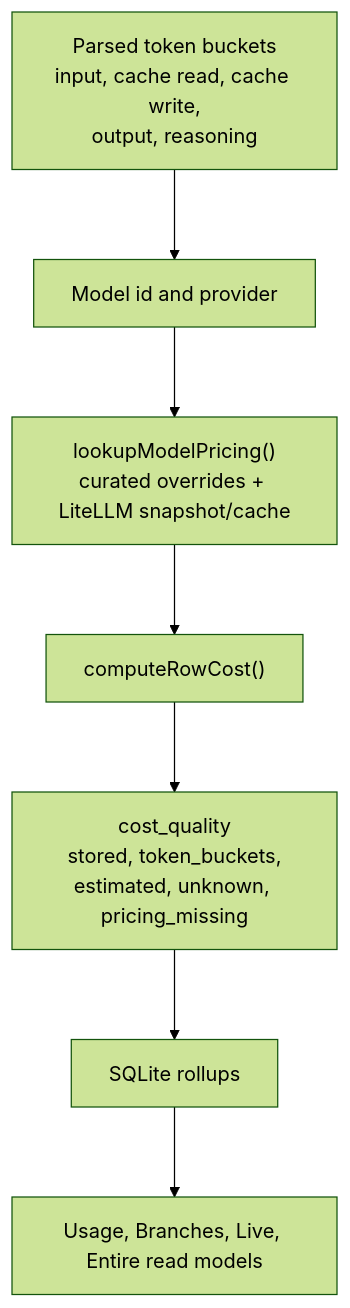
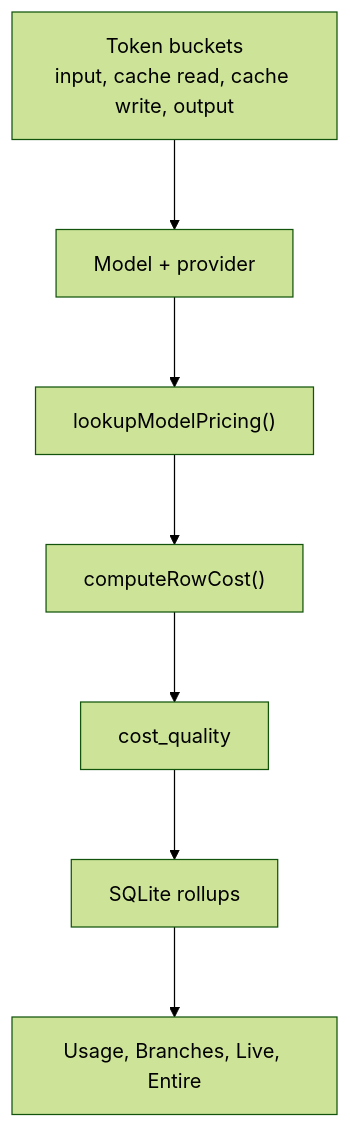
One commit to ivasuy/VibeDeck changed the sixth of 11 diagrams in docs/ARCHITECTURE.md. Above: the diagram before and after it, drawn with Mermaid (forest theme). The commit also changed other lines of this file and 42 other files, not shown here.

````diff
--- a/docs/ARCHITECTURE.md
+++ b/docs/ARCHITECTURE.md
@@ -231,10 +269,10 @@
 ```mermaid
 %%{init: {"flowchart": {"nodeSpacing": 48, "rankSpacing": 72, "curve": "basis"}} }%%
 flowchart TD
-  Tokens["Parsed token buckets\ninput, cache read, cache write,\noutput, reasoning"] --> Model["Model id and provider"]
-  Model --> Pricing["lookupModelPricing()\ncurated overrides + LiteLLM snapshot/cache"]
+  Tokens["Token buckets\ninput, cache read, cache write, output"] --> Model["Model + provider"]
+  Model --> Pricing["lookupModelPricing()"]
   Pricing --> Compute["computeRowCost()"]
-  Compute --> Quality["cost_quality\nstored, token_buckets,\nestimated, unknown, pricing_missing"]
+  Compute --> Quality["cost_quality"]
   Quality --> DB["SQLite rollups"]
-  DB --> ReadModels["Usage, Branches, Live, Entire read models"]
+  DB --> ReadModels["Usage, Branches, Live, Entire"]
 ```
````
